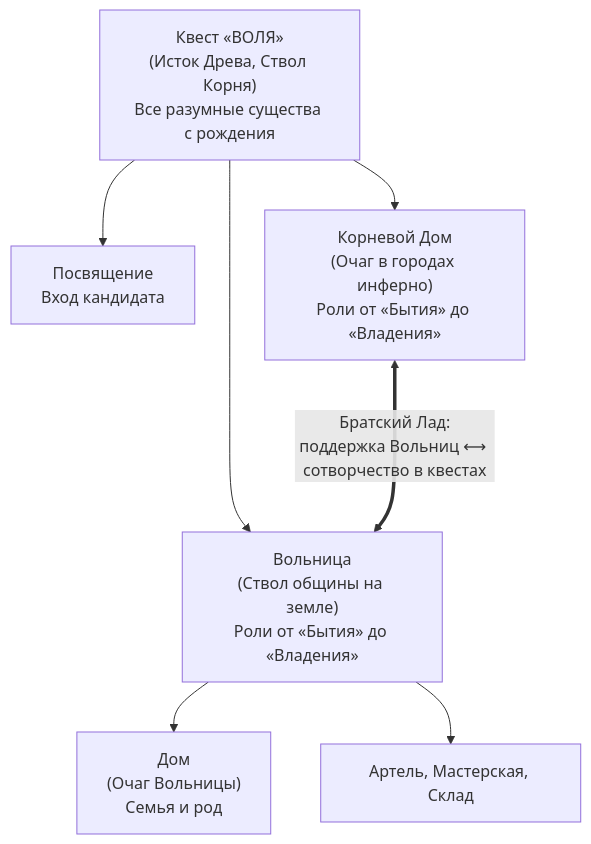
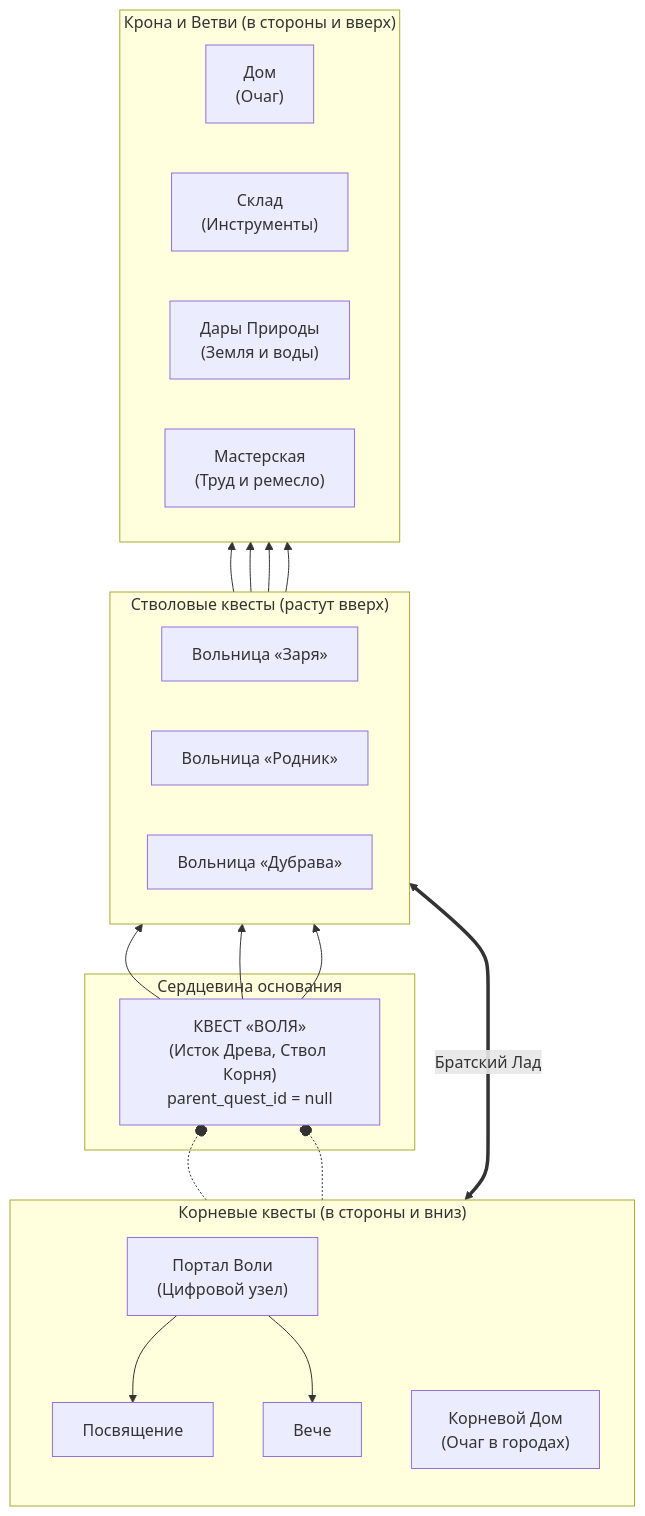
One commit to sigom-unicorn/Volya changed the fourth of 4 diagrams in Манифест Воли.md. Above: the diagram before and after it, drawn with Mermaid. The commit also changed other lines of this file and 3 other files, not shown here.

Commit message:
refactor(tree): гармонизация Живого Древа (корни вниз, стволы вверх, ветви Дом/Склад/Дары Природы/Мастерская) и упразднение Артели

````diff
--- a/Манифест Воли.md
+++ b/Манифест Воли.md
@@ -206,13 +208,45 @@
 ```mermaid
-flowchart TD
-    V["Квест «ВОЛЯ»<br/>(Исток Древа, Ствол Корня)<br/>Все разумные существа с рождения"]
-    
-    V --> P["Посвящение<br/>Вход кандидата"]
-    V --> VOL["Вольница<br/>(Ствол общины на земле)<br/>Роли от «Бытия» до «Владения»"]
-    V --> KD["Корневой Дом<br/>(Очаг в городах инферно)<br/>Роли от «Бытия» до «Владения»"]
-    
-    VOL --> D["Дом<br/>(Очаг Вольницы)<br/>Семья и род"]
-    VOL --> AR["Артель, Мастерская, Склад"]
-    
-    KD <===>|"Братский Лад:<br/>поддержка Вольниц ⟷ сотворчество в квестах"| VOL
+flowchart BT
+    subgraph KRONA["Крона и Ветви (в стороны и вверх)"]
+        direction LR
+        D["Дом<br/>(Очаг)"]
+        SK["Склад<br/>(Инструменты)"]
+        DP["Дары Природы<br/>(Земля и воды)"]
+        M["Мастерская<br/>(Труд и ремесло)"]
+    end
+
+    subgraph STVOLY["Стволовые квесты (растут вверх)"]
+        direction LR
+        VOL1["Вольница «Заря»"]
+        VOL2["Вольница «Родник»"]
+        VOL3["Вольница «Дубрава»"]
+    end
+
+    subgraph ISTOK["Сердцевина основания"]
+        V["КВЕСТ «ВОЛЯ»<br/>(Исток Древа, Ствол Корня)<br/>parent_quest_id = null"]
+    end
+
+    subgraph KORNI["Корневые квесты (в стороны и вниз)"]
+        direction TB
+        PV["Портал Воли<br/>(Цифровой узел)"]
+        P["Посвящение"]
+        VE["Вече"]
+        KD["Корневой Дом<br/>(Очаг в городах)"]
+        PV --> P
+        PV --> VE
+    end
+
+    %% Рост вверх к свету
+    V --> VOL1
+    V --> VOL2
+    V --> VOL3
+    VOL1 --> D
+    VOL2 --> SK
+    VOL2 --> DP
+    VOL3 --> M
+
+    %% Корни уходят вниз от Воли
+    PV -.-o V
+    KD -.-o V
+    KD <===>|"Братский Лад"| VOL1
 ```
````
